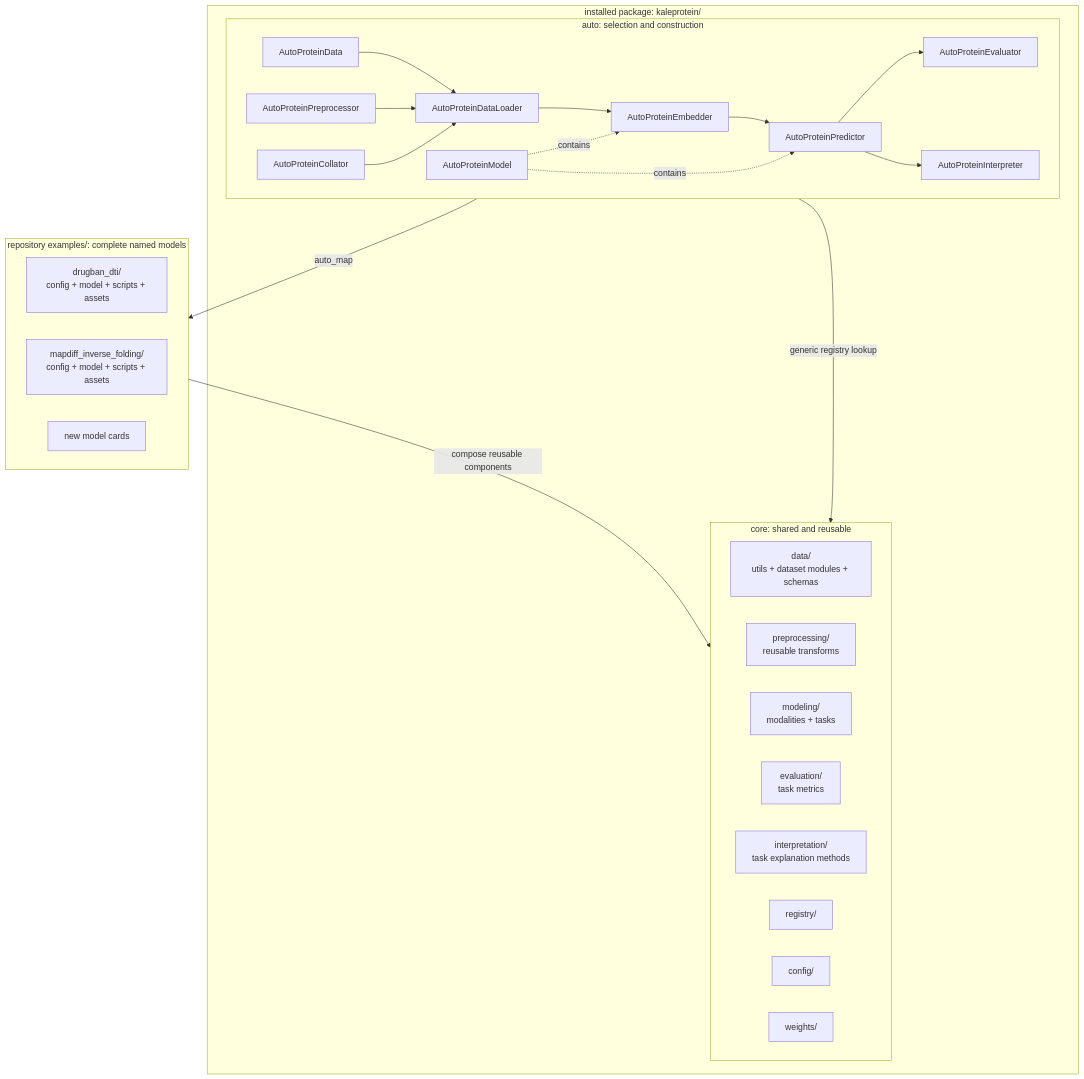
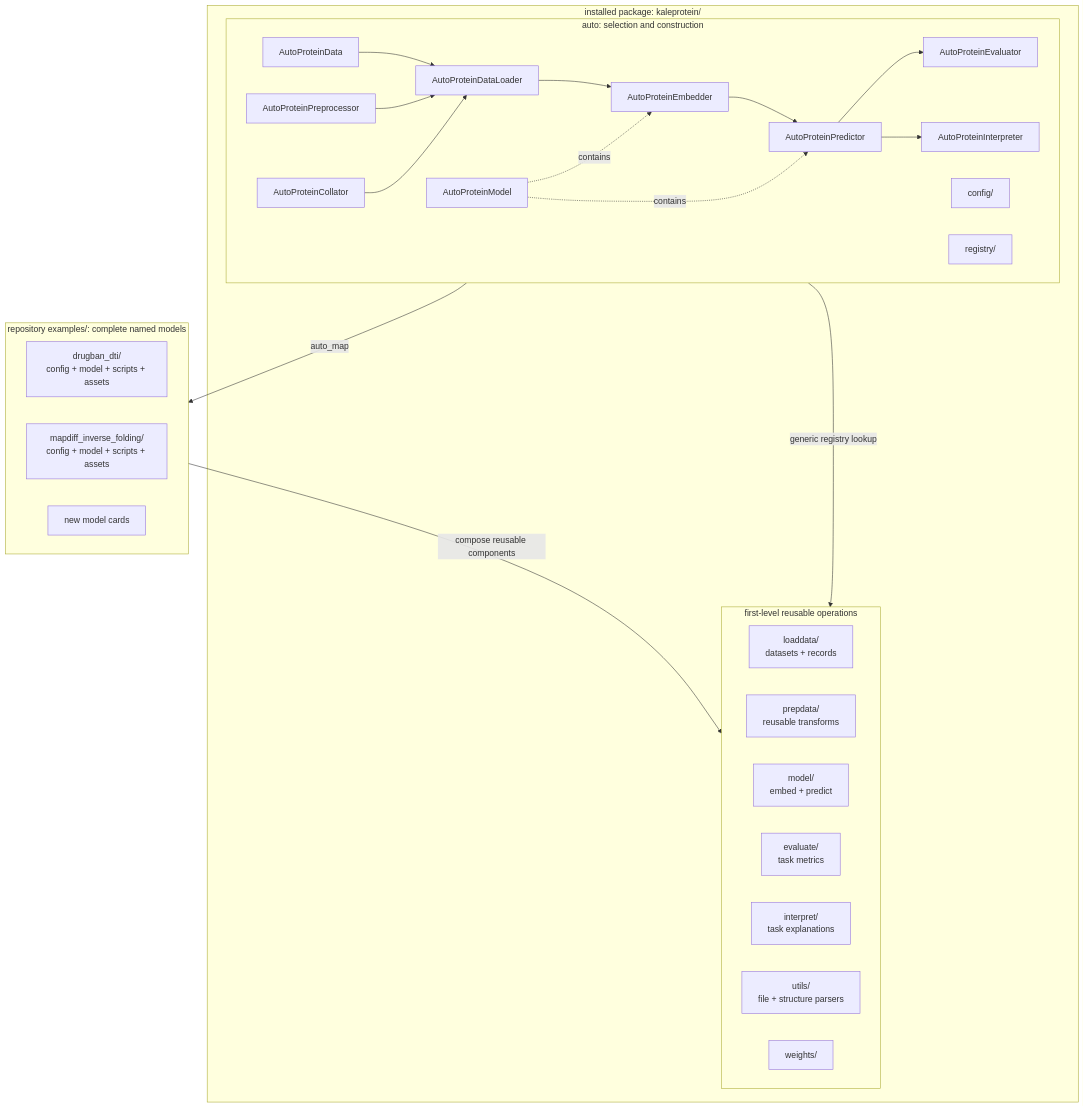
One commit to pykale/protein changed the first of 3 diagrams in docs/architecture.md. Above: the diagram before and after it, drawn with Mermaid. The commit also changed other lines of this file and 112 other files, not shown here.

````diff
--- a/docs/architecture.md
+++ b/docs/architecture.md
@@ -17,48 +27,49 @@
 ```mermaid
 flowchart TB
     subgraph PACKAGE["installed package: kaleprotein/"]
-      subgraph CORE["core: shared and reusable"]
+      subgraph OPERATIONS["first-level reusable operations"]
         direction LR
-        CORE_DATA["data/<br/>utils + dataset modules + schemas"]
-        CORE_PREP["preprocessing/<br/>reusable transforms"]
-        CORE_MODELING["modeling/<br/>modalities + tasks"]
-        CORE_EVAL["evaluation/<br/>task metrics"]
-        CORE_INTERP["interpretation/<br/>task explanation methods"]
-        REGISTRY["registry/"]
-        CONFIG["config/"]
+        LOAD_DATA["loaddata/<br/>datasets + records"]
+        PREP_DATA["prepdata/<br/>reusable transforms"]
+        MODEL_COMPONENTS["model/<br/>embed + predict"]
+        EVALUATE["evaluate/<br/>task metrics"]
+        INTERPRET["interpret/<br/>task explanations"]
+        UTILS["utils/<br/>file + structure parsers"]
         WEIGHTS["weights/"]
       end
 
       subgraph AUTO["auto: selection and construction"]
         direction LR
         DATA["AutoProteinData"]
         PREP["AutoProteinPreprocessor"]
         COLLATE["AutoProteinCollator"]
         LOADER["AutoProteinDataLoader"]
         MODEL["AutoProteinModel"]
         EMBED["AutoProteinEmbedder"]
         PREDICT["AutoProteinPredictor"]
         EVAL["AutoProteinEvaluator"]
         INTERP["AutoProteinInterpreter"]
+        CONFIG["config/"]
+        REGISTRY["registry/"]
         DATA --> LOADER
         PREP --> LOADER
         COLLATE --> LOADER
         LOADER --> EMBED --> PREDICT
         PREDICT --> EVAL
         PREDICT --> INTERP
         MODEL -.->|"contains"| EMBED
         MODEL -.->|"contains"| PREDICT
       end
     end
 
     subgraph EXAMPLES["repository examples/: complete named models"]
         direction LR
         DRUGBAN["drugban_dti/<br/>config + model + scripts + assets"]
         MAPDIFF["mapdiff_inverse_folding/<br/>config + model + scripts + assets"]
         MORE["new model cards"]
     end
 
-    AUTO -->|"generic registry lookup"| CORE
+    AUTO -->|"generic registry lookup"| OPERATIONS
     MODEL -->|"auto_map"| EXAMPLES
-    EXAMPLES -->|"compose reusable components"| CORE
+    EXAMPLES -->|"compose reusable components"| OPERATIONS
 ```
````
